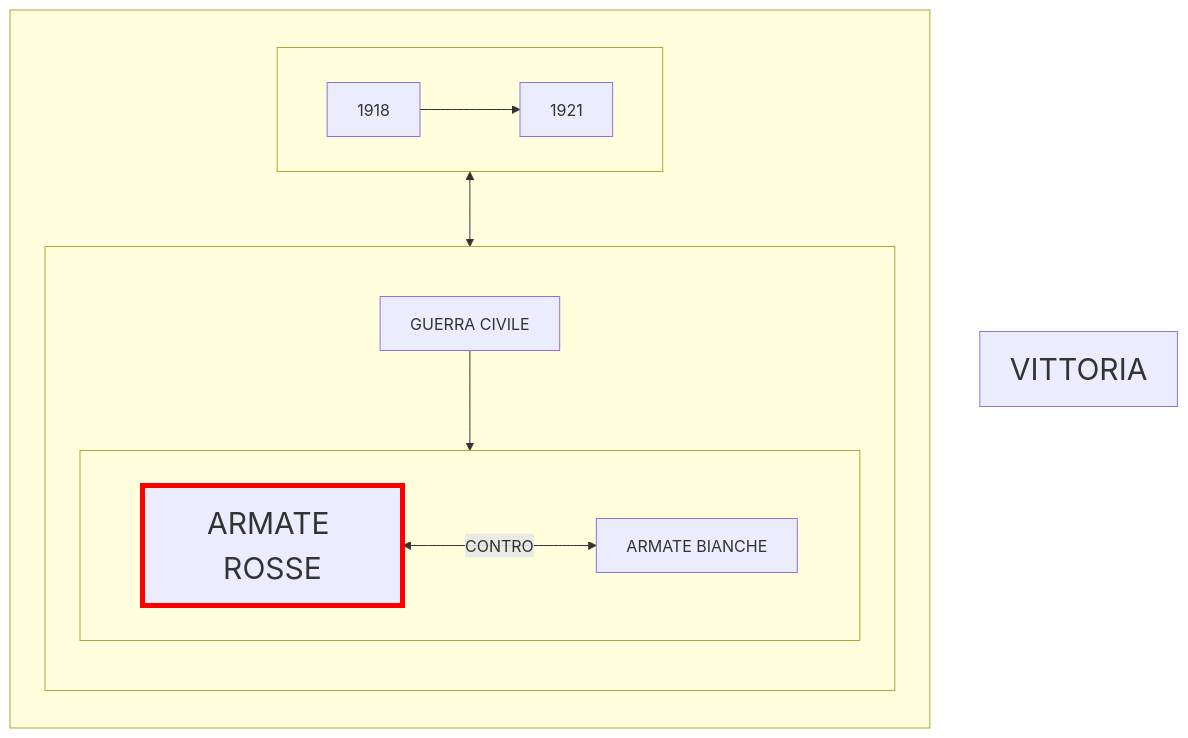
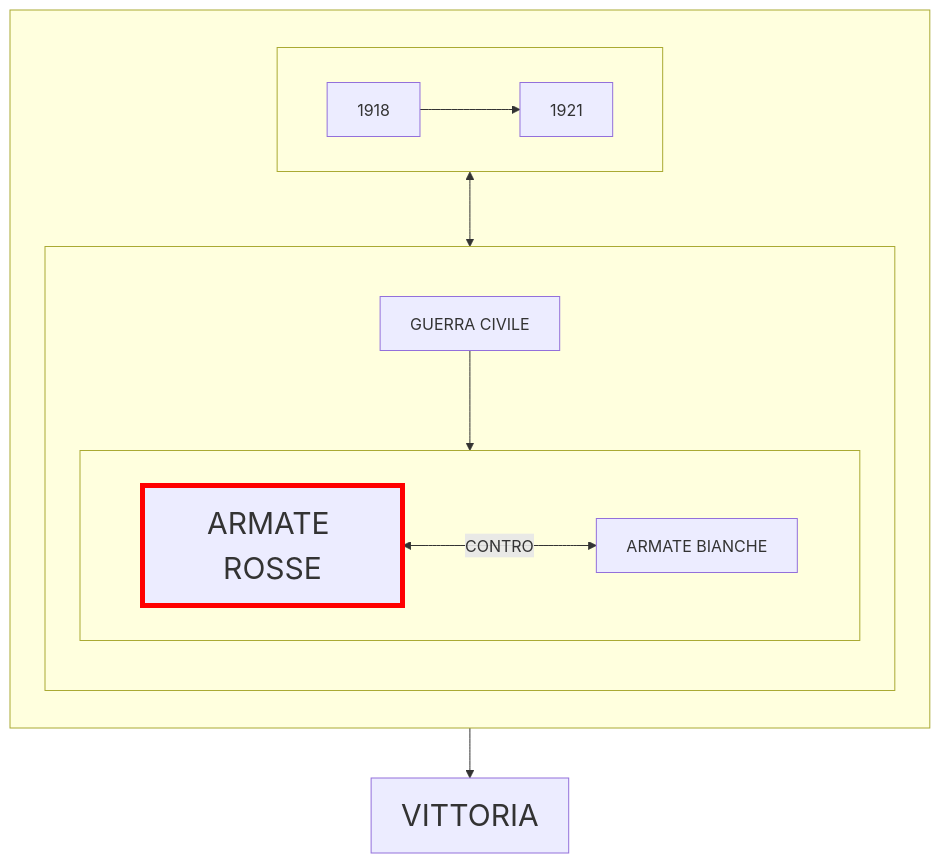
The diagram in prova.md (Laaouatni/ricerca-storia-MermaidJS), drawn with Mermaid before and after one commit.

````diff
--- a/prova.md
+++ b/prova.md
@@ -1,28 +1,29 @@
 ```mermaid
 flowchart TB;
   subgraph 0[" "]
     direction TB;
     subgraph 01[" "]
       direction LR;
       010[1918]
       011[1921]
       010 --> 011
     end
     01 <--> 02
 
     subgraph 02[" "]
       direction TB;
       020[GUERRA CIVILE]
       subgraph 021[" "]
         direction LR;
         0210[ARMATE ROSSE]
         style 0210 stroke:#ff0000,stroke-width:5px, font-size:30px;
         0211[ARMATE BIANCHE]
         0210 <-->|CONTRO| 0211
       end
       020 --> 021
     end
   end
   1[VITTORIA]
   style 1 font-size:30px;
+  0210 --> 1
 ```
````
